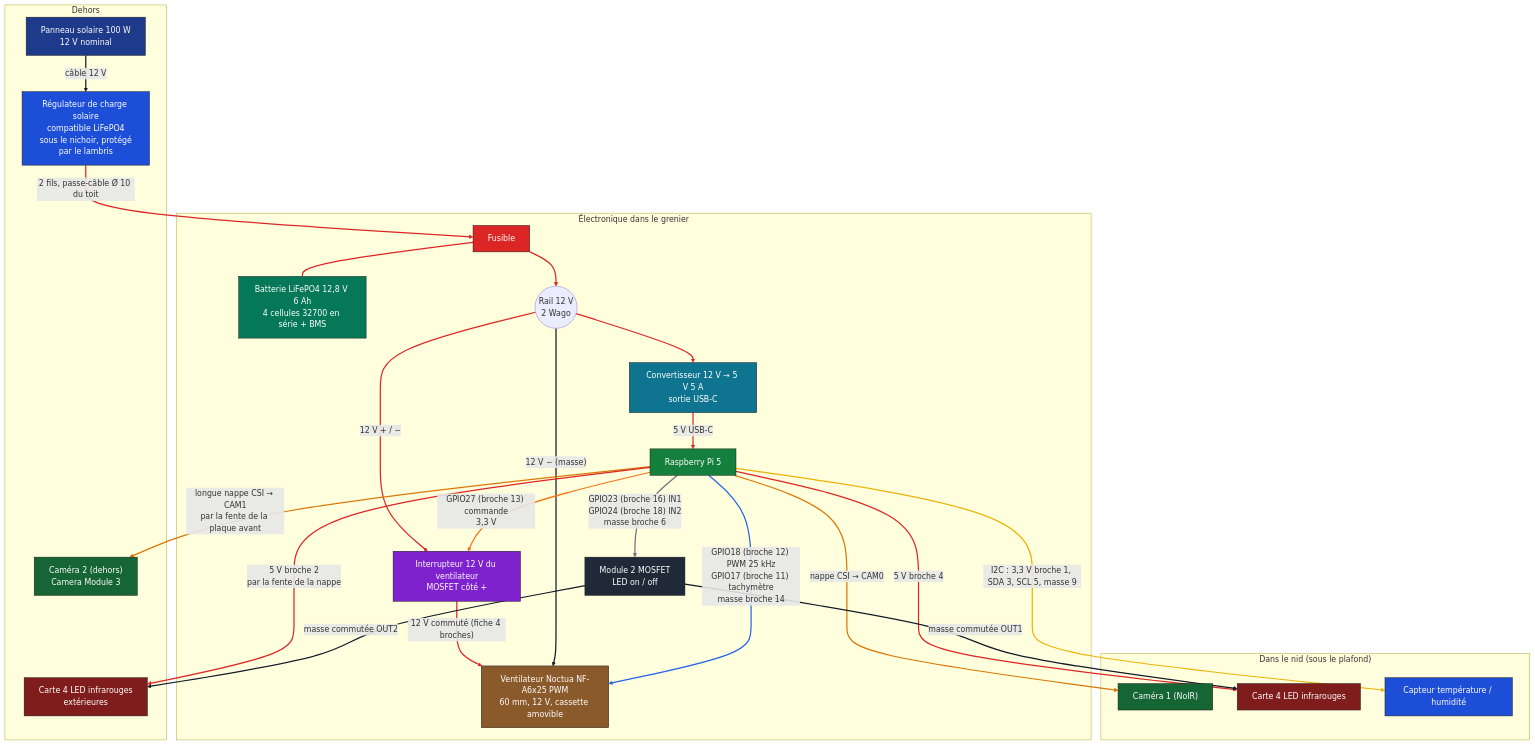
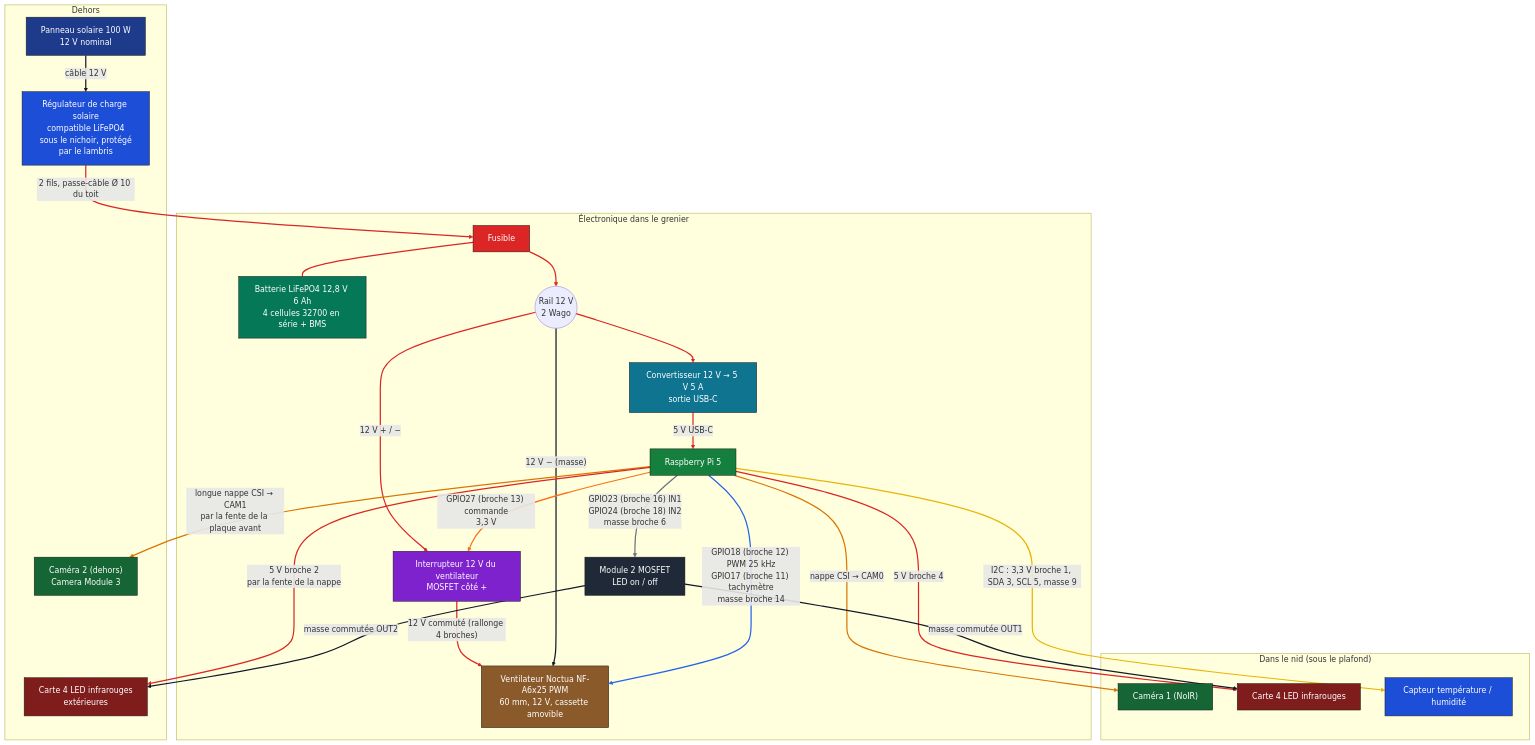
One commit to mathieujullien77190/birds changed the diagram in docs/schema-electronique.md. Above: the diagram before and after it, drawn with Mermaid. The commit also changed other lines of this file and 17 other files, not shown here.

```diff
--- a/docs/schema-electronique.md
+++ b/docs/schema-electronique.md
@@ -34,7 +34,7 @@
   RAIL --> BUCK
   BUCK -->|"5 V USB-C"| PI
   RAIL -->|"12 V + / −"| SWF
-  SWF -->|"12 V commuté (fiche 4 broches)"| FAN
+  SWF -->|"12 V commuté (rallonge 4 broches)"| FAN
   RAIL -->|"12 V − (masse)"| FAN
   PI -->|"GPIO27 (broche 13) commande<br/>3,3 V"| SWF
   PI -->|"GPIO18 (broche 12) PWM 25 kHz<br/>GPIO17 (broche 11) tachymètre<br/>masse broche 14"| FAN
```
